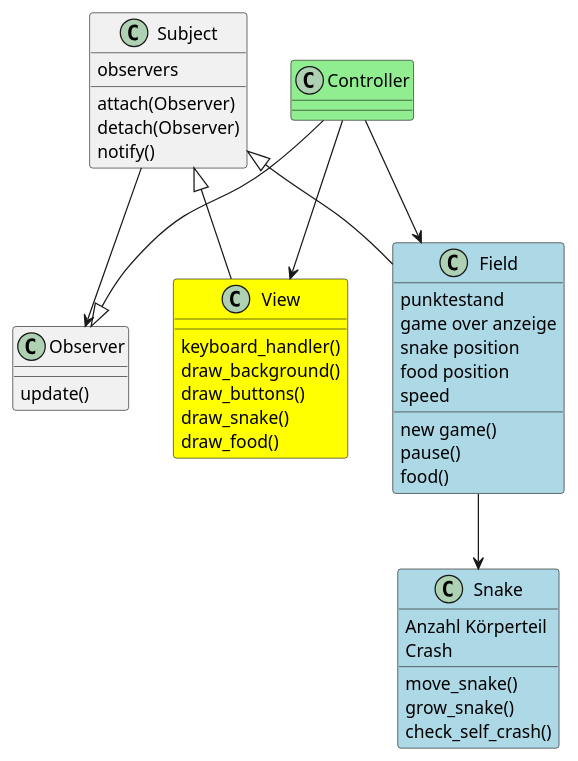
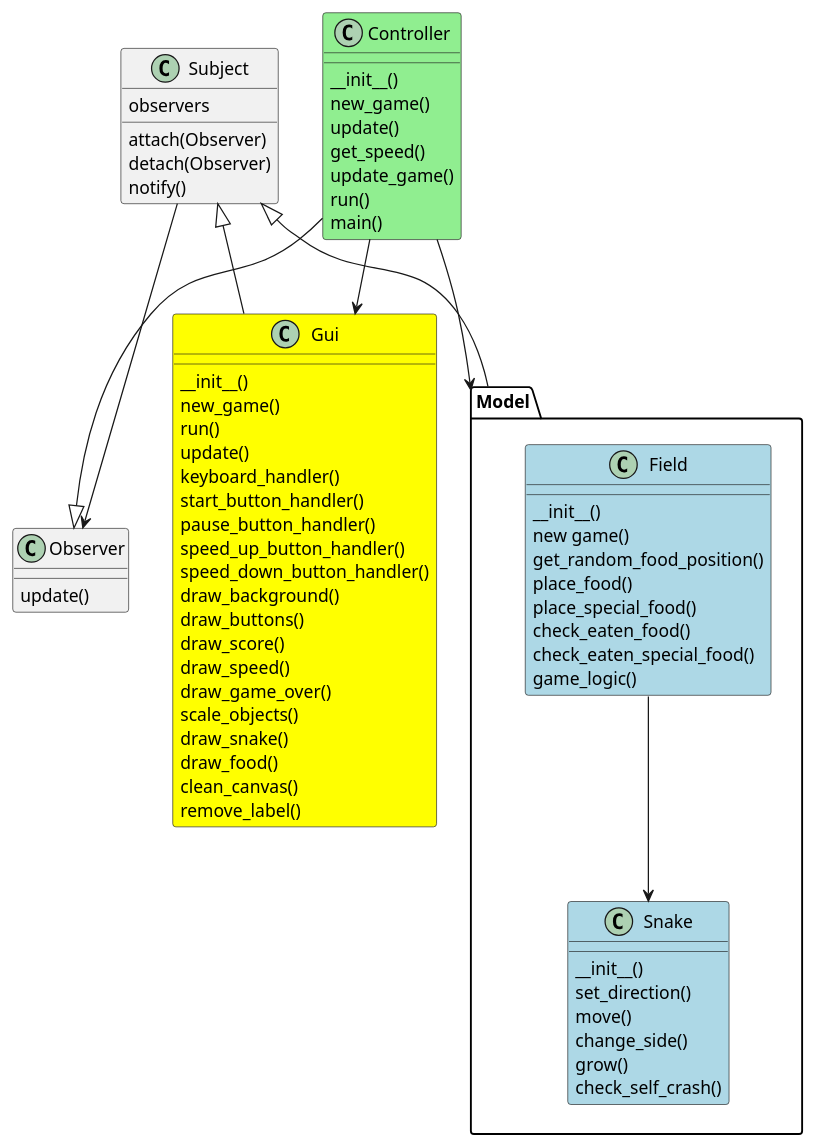
Before and after one commit to PFOTeko/Projektarbeit: the diagram in Klasse.puml, drawn with PlantUML.

Commit message:
update classes diagram

```diff
--- a/Klasse.puml
+++ b/Klasse.puml
@@ -1,52 +1,86 @@
 @startuml
+
 
 class Subject {
     observers
     attach(Observer)
     detach(Observer)
     notify()
 }
 
 class Observer {
     update()
 }
 
-class View #yellow{
+
+
+class Gui #yellow{
+__init__()
+new_game()
+run()
+update()
 keyboard_handler()
+start_button_handler()
+pause_button_handler()
+speed_up_button_handler()
+speed_down_button_handler()
 draw_background()
 draw_buttons()
+draw_score()
+draw_speed()
+draw_game_over()
+scale_objects()
 draw_snake()
 draw_food()
+clean_canvas()
+remove_label()
 }
 
+
+
 class Controller #lightgreen{
+__init__()
+new_game()
+update()
+get_speed()
+update_game()
+run()
+main()
+
+}
+namespace Model {
+
+class Snake #lightblue{
+__init__()
+set_direction()
+move()
+change_side()
+grow()
+check_self_crash()
+}
+
+
+
+class Field #lightblue{
+__init__()
+new game()
+get_random_food_position()
+place_food()
+place_special_food()
+check_eaten_food()
+check_eaten_special_food()
+game_logic()
 
 }
 
-class Snake #lightblue{
-Anzahl Körperteil
-Crash
-move_snake()
-grow_snake()
-check_self_crash()
+Field --> Snake
+
 }
 
-class Field #lightblue{
-new game()
-pause()
-punktestand
-game over anzeige
-snake position
-food position
-speed
-food()
-}
-
-Field --> Snake
-Subject <|-- Field
+Subject <|-- Model
 Subject --> Observer
-Subject <|-- View
+Subject <|-- Gui
 Controller --|> Observer
-Controller --> View
-Controller --> Field
+Controller --> Gui
+Controller --> Model
 @enduml
```
